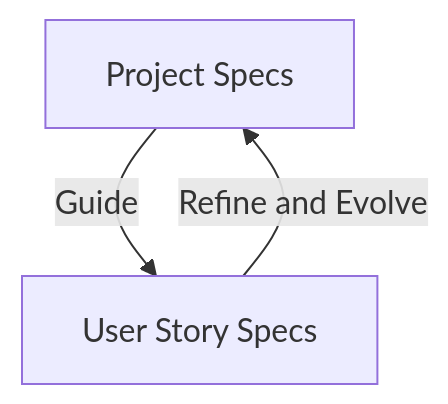
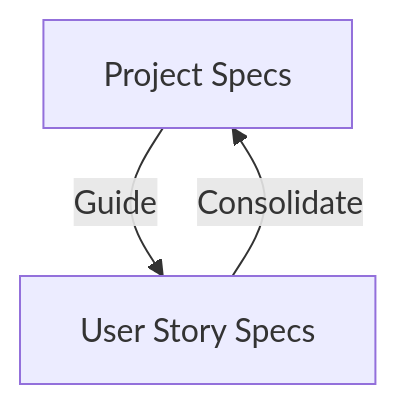
Before and after one commit to mtov/AgileSpec: the second of 11 diagrams in README.md, drawn with Mermaid. The commit also changed other lines of this file, not shown here.

Commit message:
docs: refine specification diagrams and README formatting

````diff
--- a/README.md
+++ b/README.md
@@ -72,5 +72,5 @@
 ```mermaid
 flowchart TB
     P["Project Specs"] -->|"Guide"| S["User Story Specs"]
-    S -->|"Refine and Evolve"| P
+    S -->|"Consolidate"| P
 ```
````
